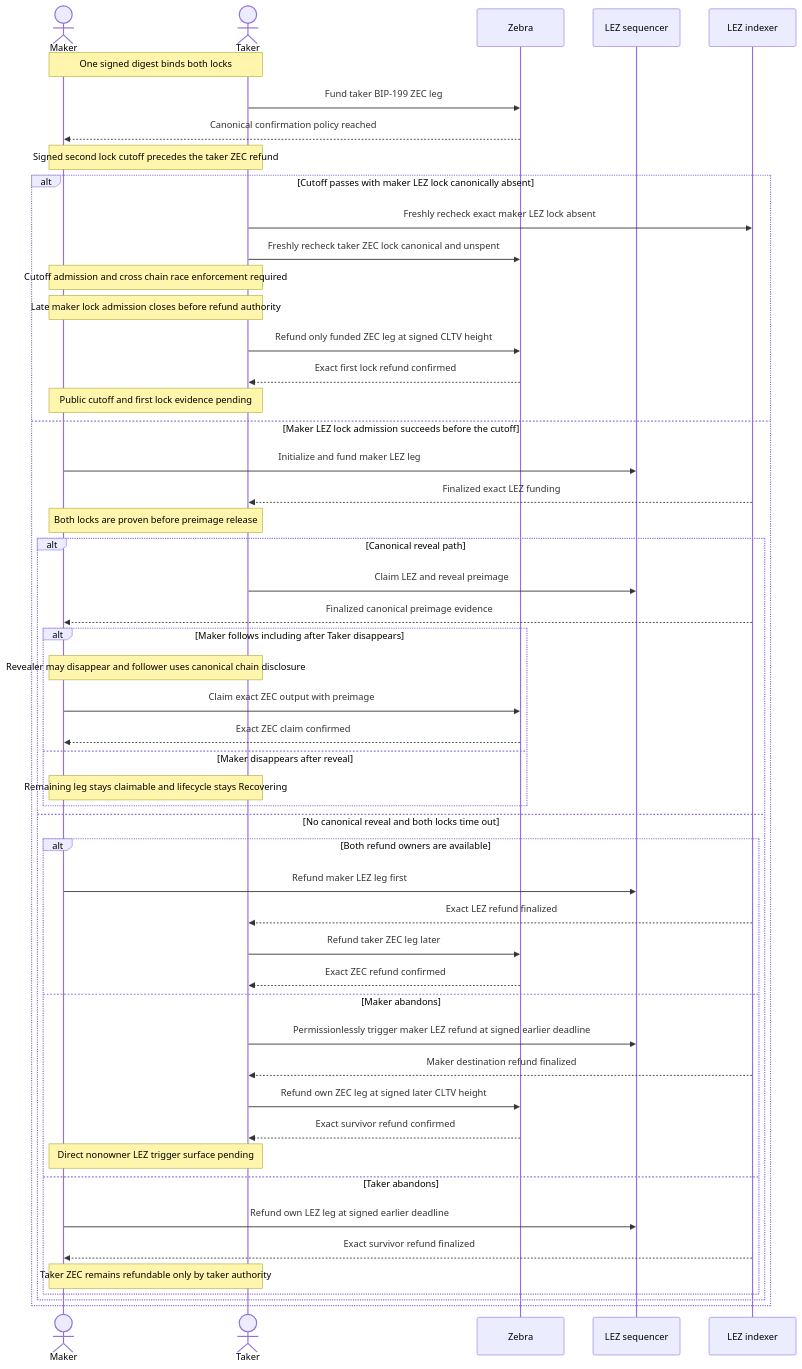
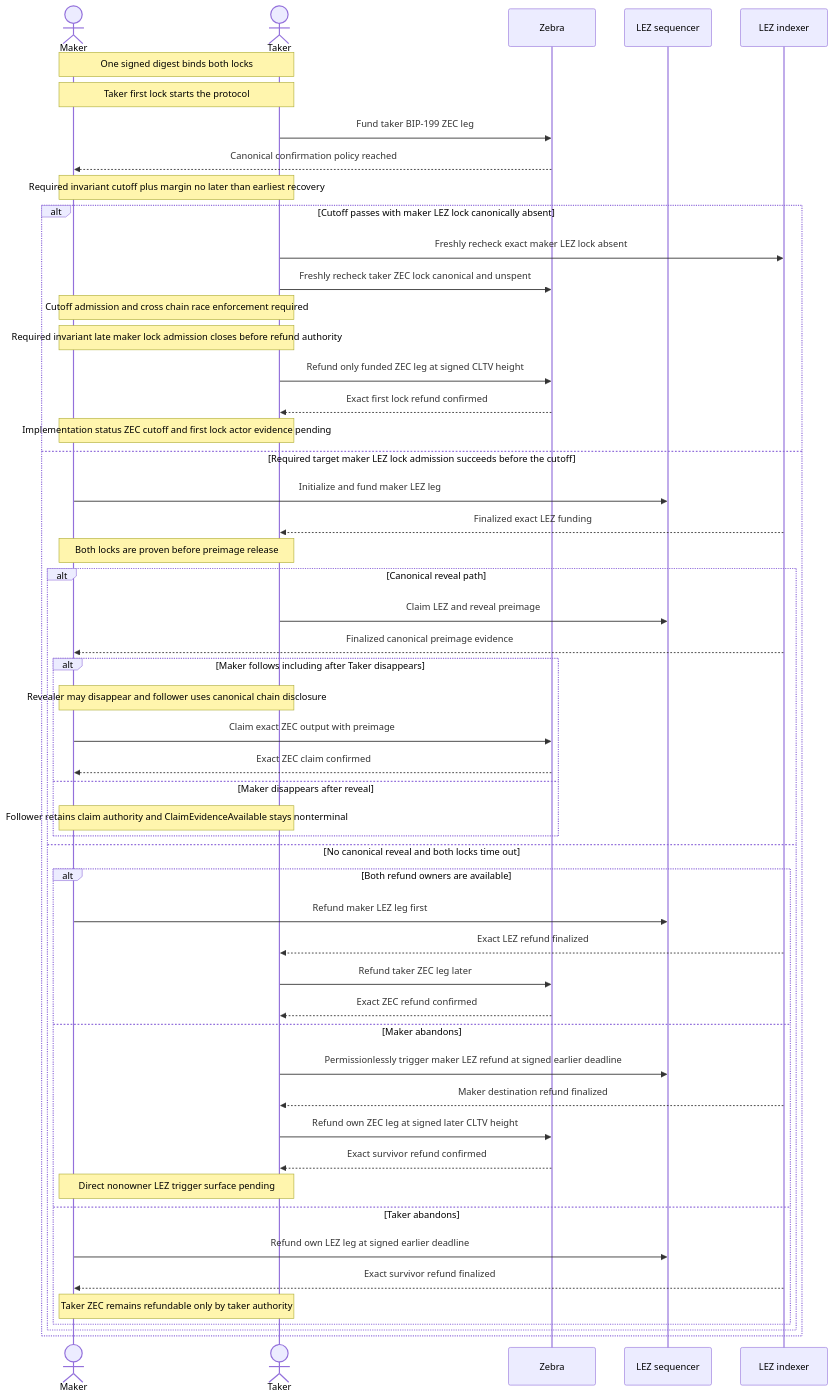
Before and after one commit to gateway-fm/lez-atomic-swaps: diagram 14 of 21 in docs/architecture/system-architecture.md, drawn with Mermaid. The commit also changed other lines of this file and 7 other files, not shown here.

Commit message:
docs: certify M3 first-lock refunds

````diff
--- a/docs/architecture/system-architecture.md
+++ b/docs/architecture/system-architecture.md
@@ -1424,54 +1476,55 @@
 ```mermaid
 sequenceDiagram
     actor Maker
     actor Taker
     participant Zebra as Zebra
     participant LezSeq as LEZ sequencer
     participant LezIdx as LEZ indexer
 
     Note over Maker,Taker: One signed digest binds both locks
+    Note over Maker,Taker: Taker first lock starts the protocol
     Taker->>Zebra: Fund taker BIP-199 ZEC leg
     Zebra-->>Maker: Canonical confirmation policy reached
-    Note over Maker,Taker: Signed second lock cutoff precedes the taker ZEC refund
+    Note over Maker,Taker: Required invariant cutoff plus margin no later than earliest recovery
     alt Cutoff passes with maker LEZ lock canonically absent
         Taker->>LezIdx: Freshly recheck exact maker LEZ lock absent
         Taker->>Zebra: Freshly recheck taker ZEC lock canonical and unspent
         Note over Maker,Taker: Cutoff admission and cross chain race enforcement required
-        Note over Maker,Taker: Late maker lock admission closes before refund authority
+        Note over Maker,Taker: Required invariant late maker lock admission closes before refund authority
         Taker->>Zebra: Refund only funded ZEC leg at signed CLTV height
         Zebra-->>Taker: Exact first lock refund confirmed
-        Note over Maker,Taker: Public cutoff and first lock evidence pending
-    else Maker LEZ lock admission succeeds before the cutoff
+        Note over Maker,Taker: Implementation status ZEC cutoff and first lock actor evidence pending
+    else Required target maker LEZ lock admission succeeds before the cutoff
         Maker->>LezSeq: Initialize and fund maker LEZ leg
         LezIdx-->>Taker: Finalized exact LEZ funding
         Note over Maker,Taker: Both locks are proven before preimage release
         alt Canonical reveal path
             Taker->>LezSeq: Claim LEZ and reveal preimage
             LezIdx-->>Maker: Finalized canonical preimage evidence
             alt Maker follows including after Taker disappears
                 Note over Maker,Taker: Revealer may disappear and follower uses canonical chain disclosure
                 Maker->>Zebra: Claim exact ZEC output with preimage
                 Zebra-->>Maker: Exact ZEC claim confirmed
             else Maker disappears after reveal
-                Note over Maker,Taker: Remaining leg stays claimable and lifecycle stays Recovering
+                Note over Maker,Taker: Follower retains claim authority and ClaimEvidenceAvailable stays nonterminal
             end
         else No canonical reveal and both locks time out
             alt Both refund owners are available
                 Maker->>LezSeq: Refund maker LEZ leg first
                 LezIdx-->>Taker: Exact LEZ refund finalized
                 Taker->>Zebra: Refund taker ZEC leg later
                 Zebra-->>Taker: Exact ZEC refund confirmed
             else Maker abandons
                 Taker->>LezSeq: Permissionlessly trigger maker LEZ refund at signed earlier deadline
                 LezIdx-->>Taker: Maker destination refund finalized
                 Taker->>Zebra: Refund own ZEC leg at signed later CLTV height
                 Zebra-->>Taker: Exact survivor refund confirmed
                 Note over Maker,Taker: Direct nonowner LEZ trigger surface pending
             else Taker abandons
                 Maker->>LezSeq: Refund own LEZ leg at signed earlier deadline
                 LezIdx-->>Maker: Exact survivor refund finalized
                 Note over Maker,Taker: Taker ZEC remains refundable only by taker authority
             end
         end
     end
 ```
````
